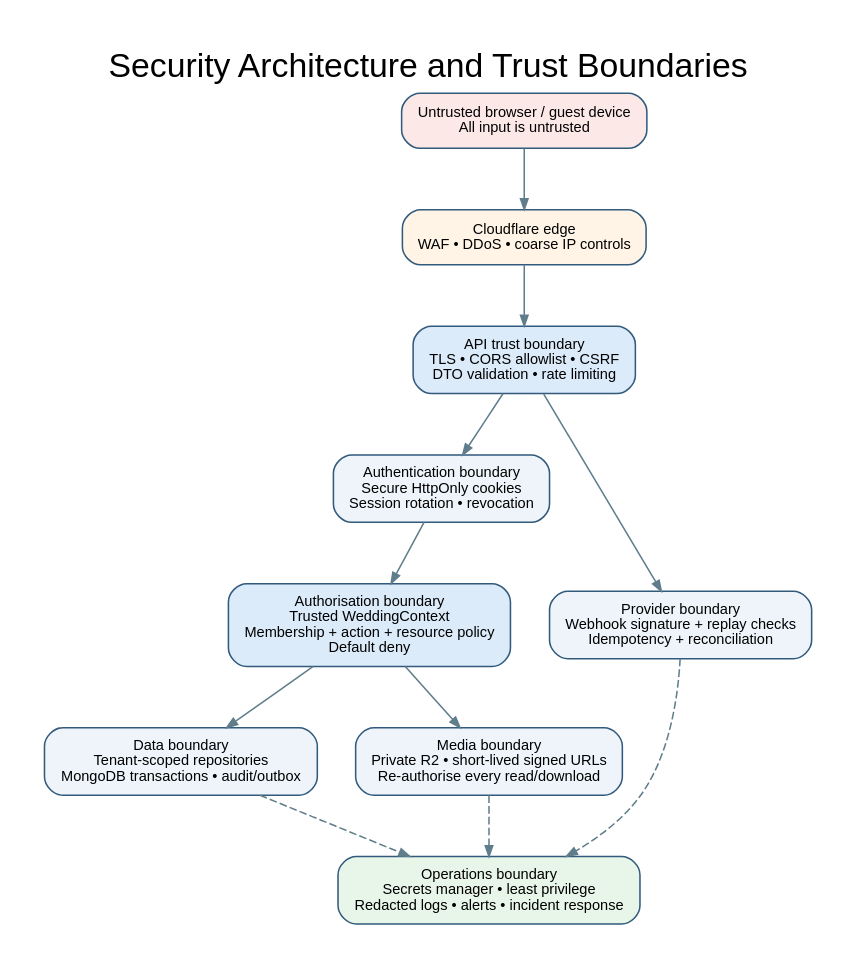
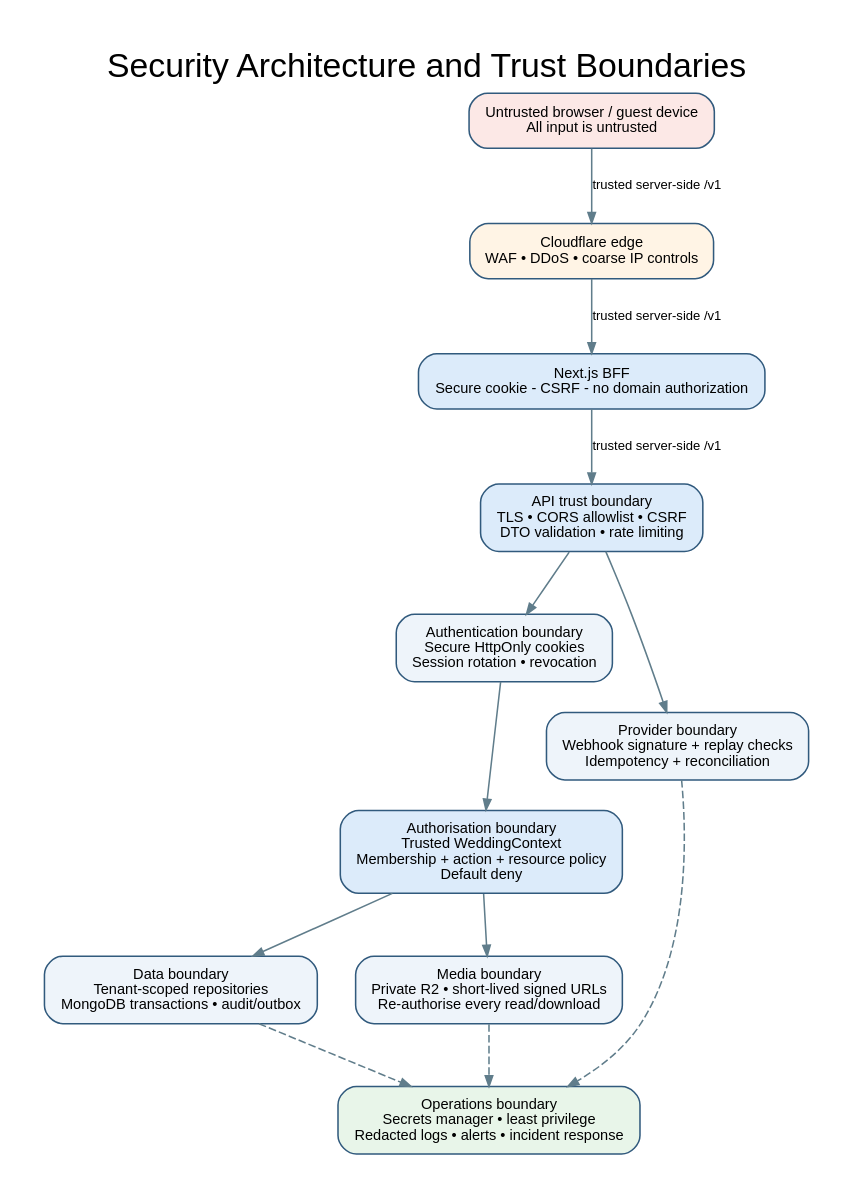
The diagram in docs/02-system-architecture/diagrams/security-architecture.dot (codeX4r/make-my-marrige), drawn with Graphviz before and after one commit. The commit also changed 24 other files, not shown here.

```diff
--- a/docs/02-system-architecture/diagrams/security-architecture.dot
+++ b/docs/02-system-architecture/diagrams/security-architecture.dot
@@ -1,20 +1,22 @@
 digraph G {
  graph [rankdir=TB, bgcolor="white", pad="0.3", nodesep="0.35", ranksep="0.55", labelloc=t, label="Security Architecture and Trust Boundaries", fontsize=22, fontname="Arial"];
  node [shape=box, style="rounded,filled", fontname="Arial", fontsize=9.5, margin="0.14,0.1", color="#315A7D", fillcolor="#EEF4FA"];
  edge [fontname="Arial", fontsize=8.5, color="#607D8B", arrowsize=0.7];
  client [label="Untrusted browser / guest device\nAll input is untrusted", fillcolor="#FCE8E6"];
  edge_layer [label="Cloudflare edge\nWAF • DDoS • coarse IP controls", fillcolor="#FFF4E5"];
  api [label="API trust boundary\nTLS • CORS allowlist • CSRF\nDTO validation • rate limiting", fillcolor="#DCEBFA"];
  auth [label="Authentication boundary\nSecure HttpOnly cookies\nSession rotation • revocation"];
  tenant [label="Authorisation boundary\nTrusted WeddingContext\nMembership + action + resource policy\nDefault deny", fillcolor="#DCEBFA"];
  data [label="Data boundary\nTenant-scoped repositories\nMongoDB transactions • audit/outbox"];
  media [label="Media boundary\nPrivate R2 • short-lived signed URLs\nRe-authorise every read/download"];
  provider [label="Provider boundary\nWebhook signature + replay checks\nIdempotency + reconciliation"];
  ops [label="Operations boundary\nSecrets manager • least privilege\nRedacted logs • alerts • incident response", fillcolor="#E8F5E9"];
- client -> edge_layer -> api -> auth -> tenant -> data;
+ bff [label="Next.js BFF\nSecure cookie - CSRF - no domain authorization", fillcolor="#DCEBFA"];
+ client -> edge_layer -> bff -> api [label="trusted server-side /v1"];
+ api -> auth -> tenant -> data;
  tenant -> media;
  api -> provider;
  data -> ops [style=dashed];
  media -> ops [style=dashed];
  provider -> ops [style=dashed];
 }
```
